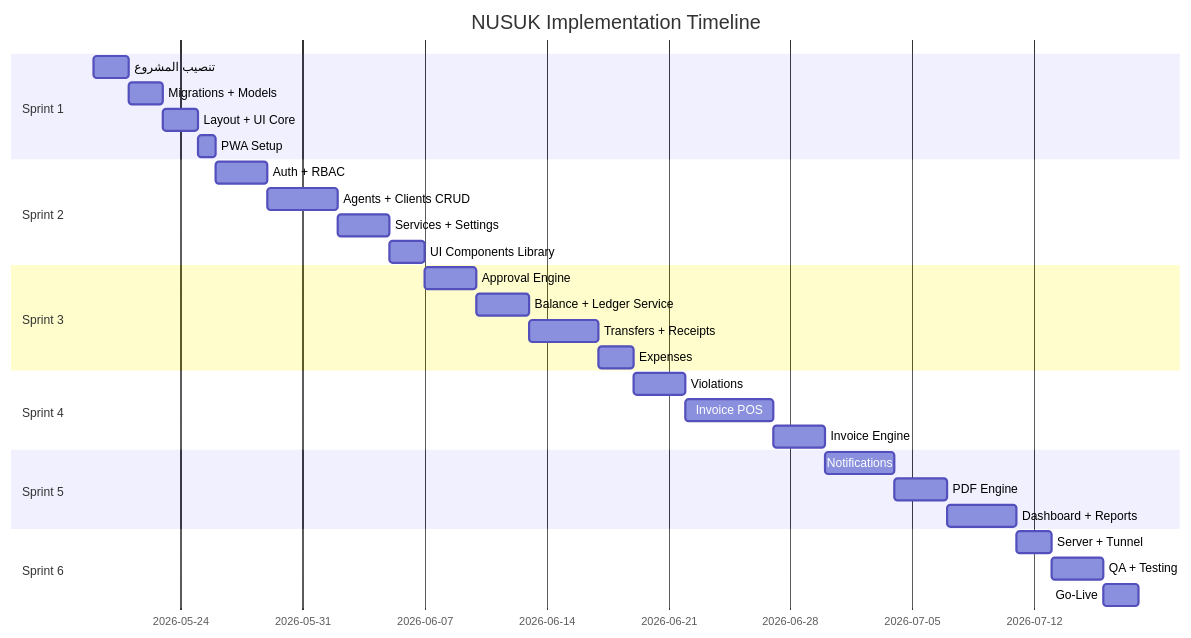
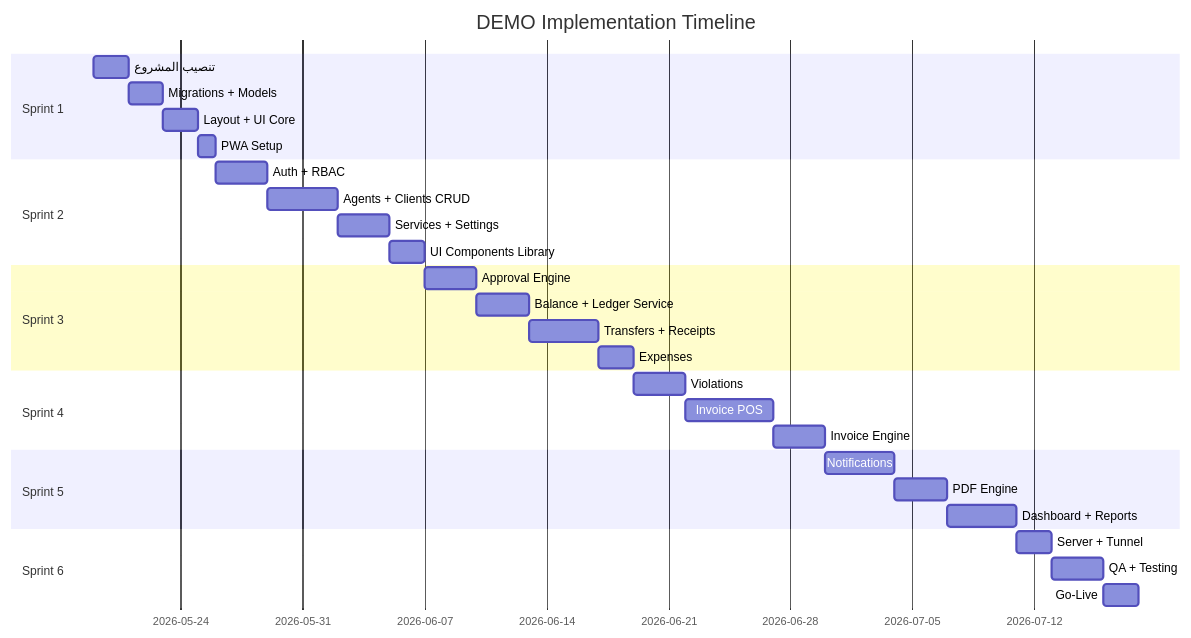
One commit to abd0175149-droid/demo3786487 changed the diagram in context/IMPLEMENTATION_PLAN.md. Above: the diagram before and after it, drawn with Mermaid. The commit also changed other lines of this file and 29 other files, not shown here.

````diff
--- a/context/IMPLEMENTATION_PLAN.md
+++ b/context/IMPLEMENTATION_PLAN.md
@@ -378,32 +378,32 @@
 ```mermaid
 gantt
-    title NUSUK Implementation Timeline
+    title DEMO Implementation Timeline
     dateFormat  YYYY-MM-DD
     section Sprint 1
     تنصيب المشروع           :s1a, 2026-05-19, 2d
     Migrations + Models      :s1b, after s1a, 2d
     Layout + UI Core         :s1c, after s1b, 2d
     PWA Setup                :s1d, after s1c, 1d
     section Sprint 2
     Auth + RBAC              :s2a, after s1d, 3d
     Agents + Clients CRUD    :s2b, after s2a, 4d
     Services + Settings      :s2c, after s2b, 3d
     UI Components Library    :s2d, after s2c, 2d
     section Sprint 3
     Approval Engine          :s3a, after s2d, 3d
     Balance + Ledger Service :s3b, after s3a, 3d
     Transfers + Receipts     :s3c, after s3b, 4d
     Expenses                 :s3d, after s3c, 2d
     section Sprint 4
     Violations               :s4a, after s3d, 3d
     Invoice POS              :s4b, after s4a, 5d
     Invoice Engine           :s4c, after s4b, 3d
     section Sprint 5
     Notifications            :s5a, after s4c, 4d
     PDF Engine               :s5b, after s5a, 3d
     Dashboard + Reports      :s5c, after s5b, 4d
     section Sprint 6
     Server + Tunnel          :s6a, after s5c, 2d
     QA + Testing             :s6b, after s6a, 3d
     Go-Live                  :s6c, after s6b, 2d
 ```
````
